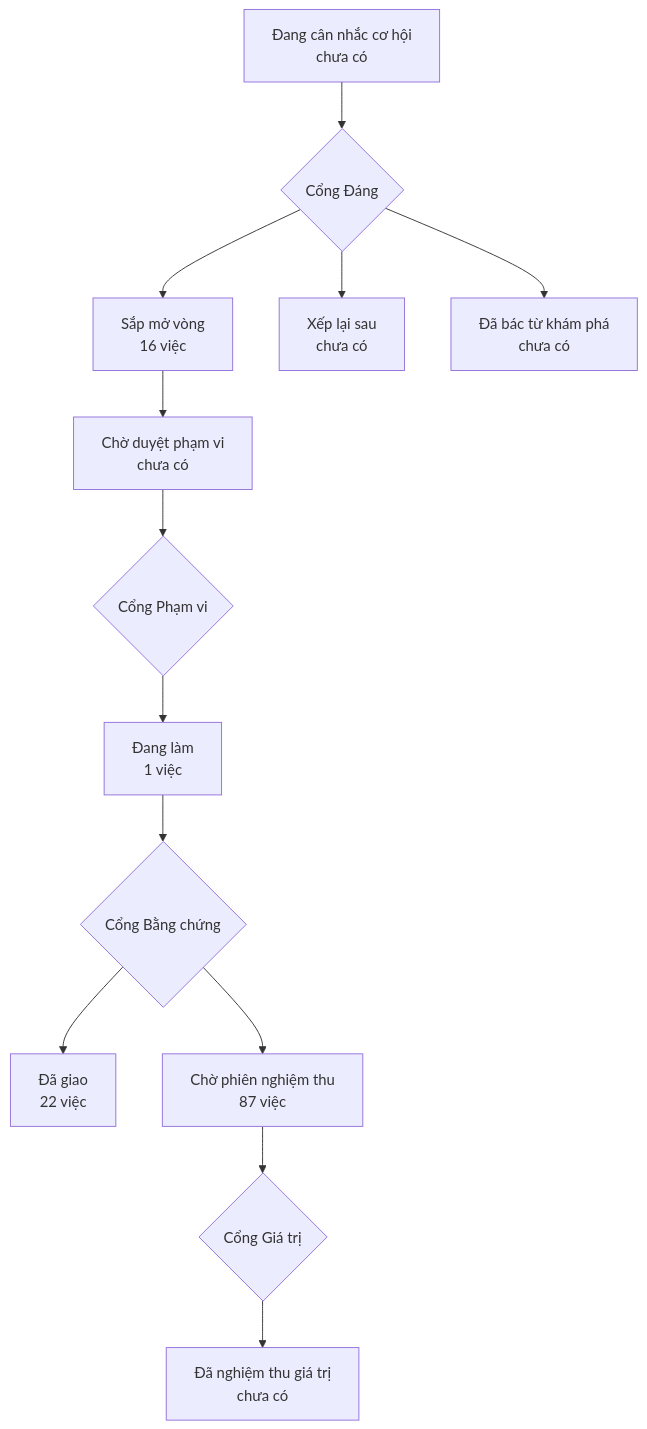
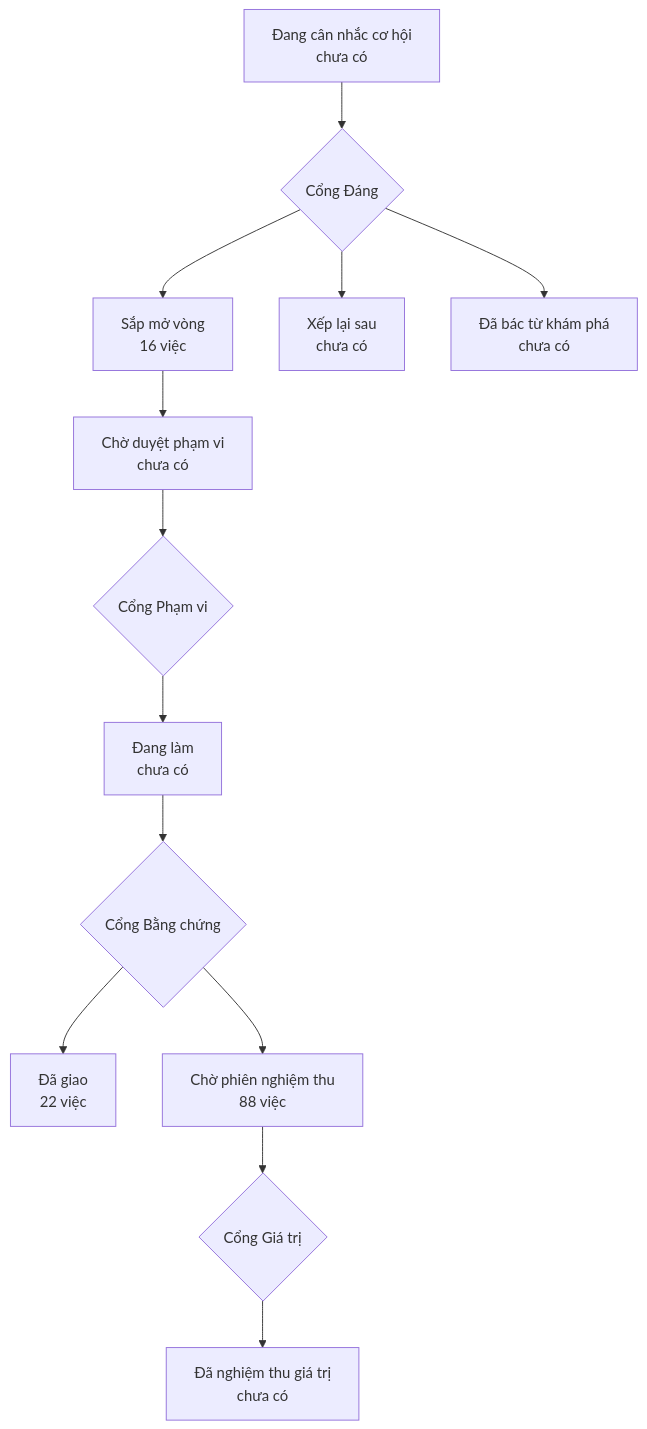
The diagram in PRODUCT-MAP.md (phanlemanh/onehub-quy-hang), drawn with Mermaid before and after one commit. The commit also changed other lines of this file and 15 other files, not shown here.

Commit message:
chore(luat-chia-lead-cap-han-hong): bằng chứng S4 — PASS, máy thông

````diff
--- a/PRODUCT-MAP.md
+++ b/PRODUCT-MAP.md
@@ -7,12 +7,12 @@
 ```mermaid
 flowchart TD
   A["Đang cân nhắc cơ hội<br/>chưa có"] --> GD{"Cổng Đáng"}
   GD --> B["Sắp mở vòng<br/>16 việc"]
   GD --> XL["Xếp lại sau<br/>chưa có"]
   GD --> DB["Đã bác từ khám phá<br/>chưa có"]
   B --> CD["Chờ duyệt phạm vi<br/>chưa có"] --> GP{"Cổng Phạm vi"}
-  GP --> DL["Đang làm<br/>1 việc"] --> GB{"Cổng Bằng chứng"}
+  GP --> DL["Đang làm<br/>chưa có"] --> GB{"Cổng Bằng chứng"}
   GB --> DG["Đã giao<br/>22 việc"]
-  GB --> CN["Chờ phiên nghiệm thu<br/>87 việc"] --> GG{"Cổng Giá trị"}
+  GB --> CN["Chờ phiên nghiệm thu<br/>88 việc"] --> GG{"Cổng Giá trị"}
   GG --> NT["Đã nghiệm thu giá trị<br/>chưa có"]
 ```
````
